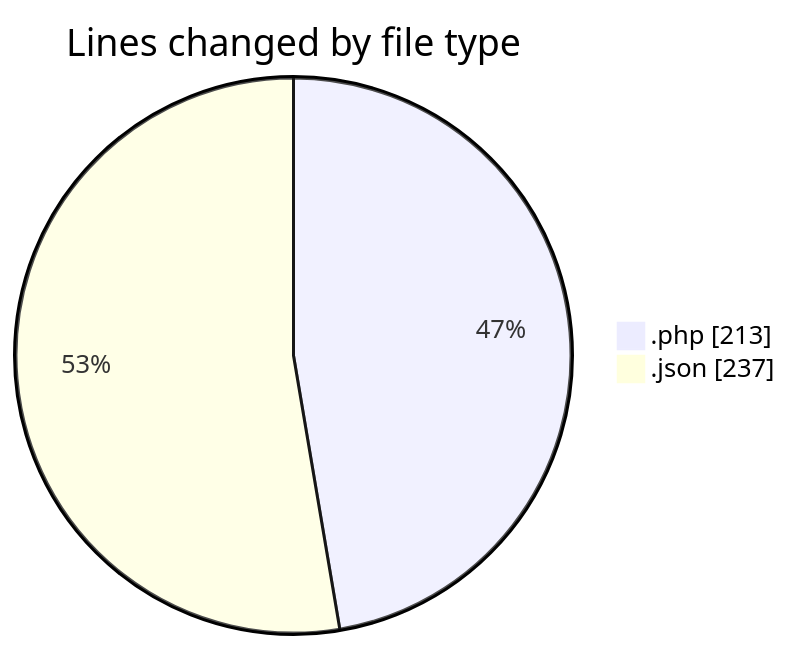
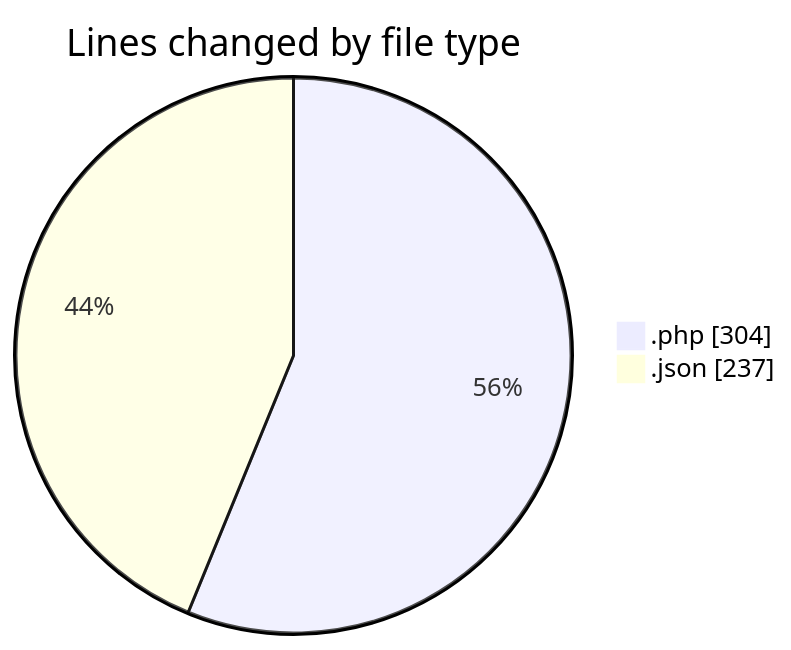
The first of 2 diagrams in 2025-06-15/studio-backend/README.md (idhammustaqopulfikri/code-tracking), drawn with Mermaid before and after one commit. The commit also changed other lines of this file and 1 other file, not shown here.

````diff
--- a/2025-06-15/studio-backend/README.md
+++ b/2025-06-15/studio-backend/README.md
@@ -22,6 +24,6 @@
 ```mermaid
 pie showData
 title Lines changed by file type
-".php" : 213
+".php" : 304
 ".json" : 237
 ```
````
